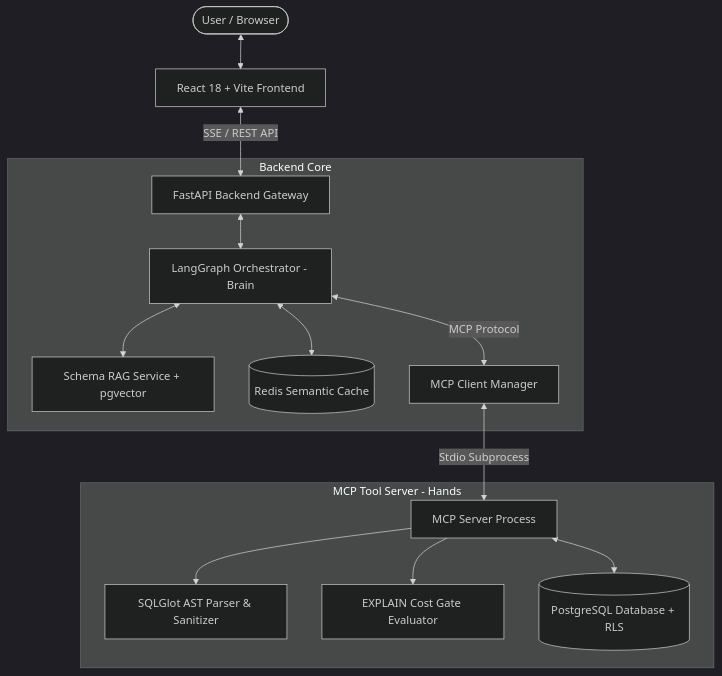
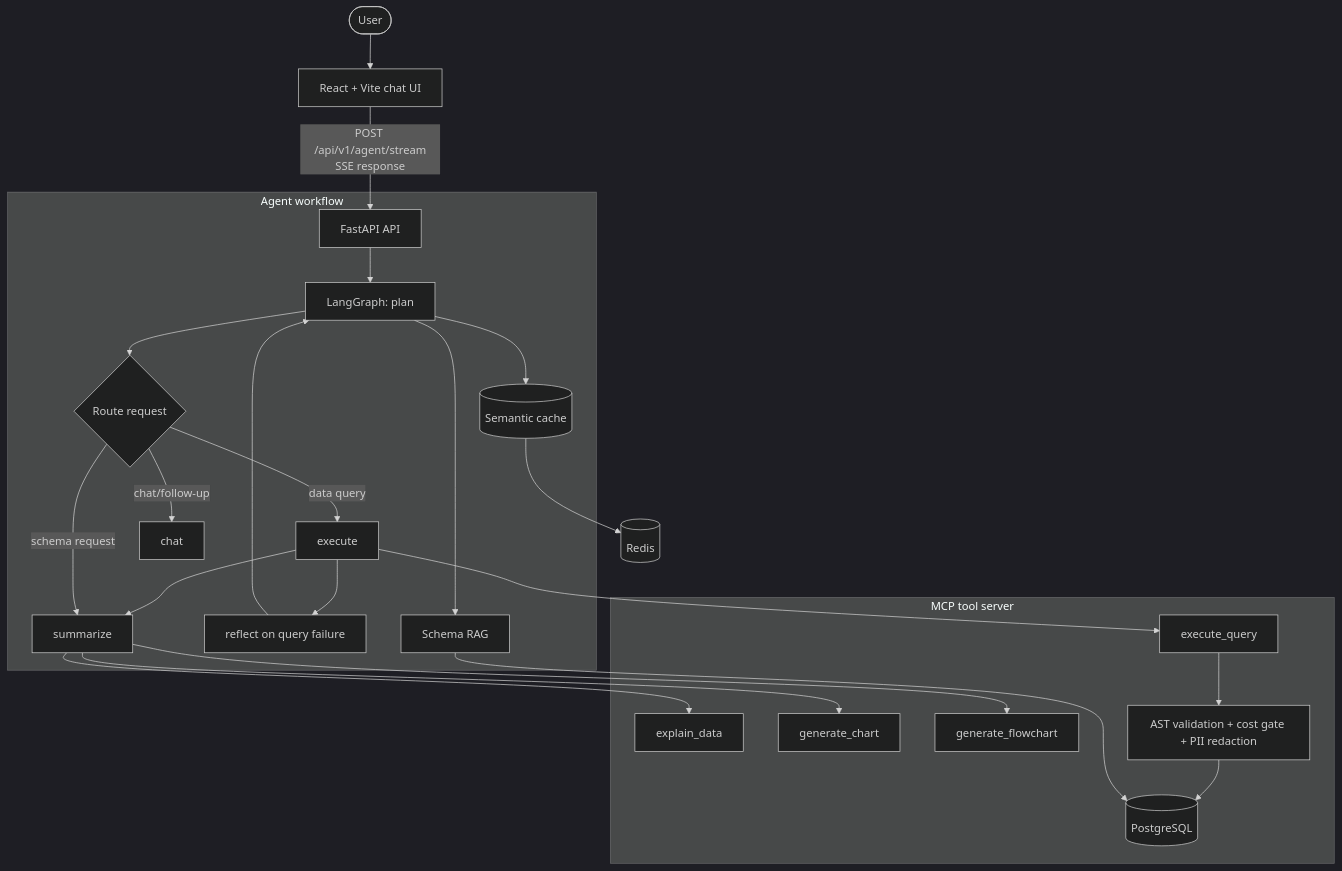
Before and after one commit to BarathDevLab/WonderDB-Agent: the diagram in README.md, drawn with Mermaid (dark theme). The commit also changed other lines of this file, not shown here.

````diff
--- a/README.md
+++ b/README.md
@@ -45,19 +53,30 @@
 ```mermaid
 flowchart TD
-    User([User / Browser]) <--> ReactUI[React 18 + Vite Frontend]
-    ReactUI <-->|SSE / REST API| FastAPI[FastAPI Backend Gateway]
-    
-    subgraph Backend Core
-        FastAPI <--> LangGraph[LangGraph Orchestrator - Brain]
-        LangGraph <--> SchemaRAG[Schema RAG Service + pgvector]
-        LangGraph <--> RedisCache[(Redis Semantic Cache)]
-        LangGraph <-->|MCP Protocol| MCPClient[MCP Client Manager]
+    User([User]) --> UI[React + Vite chat UI]
+    UI -->|POST /api/v1/agent/stream<br/>SSE response| API[FastAPI API]
+
+    subgraph Agent workflow
+        API --> Plan[LangGraph: plan]
+        Plan --> Cache[(Semantic cache)]
+        Plan --> SchemaRAG[Schema RAG]
+        Plan --> Route{Route request}
+        Route -->|data query| Execute[execute]
+        Execute --> Reflect[reflect on query failure]
+        Reflect --> Plan
+        Execute --> Summarize[summarize]
+        Route -->|schema request| Summarize
+        Route -->|chat/follow-up| Chat[chat]
     end
 
-    subgraph MCP Tool Server - Hands
-        MCPClient <-->|Stdio Subprocess| MCPServer[MCP Server Process]
-        MCPServer --> SQLGlot[SQLGlot AST Parser & Sanitizer]
-        MCPServer --> CostGate[EXPLAIN Cost Gate Evaluator]
-        MCPServer <--> PostgreSQL[(PostgreSQL Database + RLS)]
+    subgraph MCP tool server
+        Execute --> SQLTool[execute_query]
+        Summarize --> ExplainTool[explain_data]
+        Summarize --> ChartTool[generate_chart]
+        Summarize --> DiagramTool[generate_flowchart]
+        SQLTool --> Guardrails[AST validation + cost gate + PII redaction]
+        Guardrails --> Postgres[(PostgreSQL)]
     end
+
+    SchemaRAG --> Postgres
+    Cache --> Redis[(Redis)]
 ```
````
